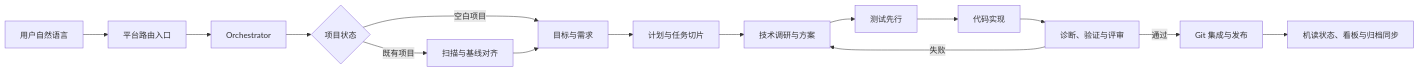
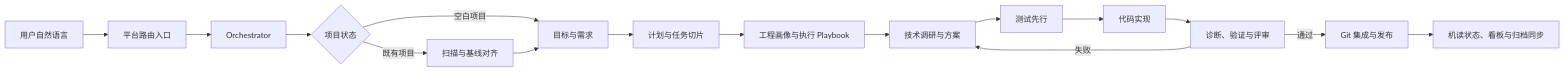
The first of 2 diagrams in docs/architecture/system.md (mxm-web-develop/coding-skills), drawn with Mermaid before and after one commit. The commit also changed other lines of this file and 52 other files, not shown here.

````diff
--- a/docs/architecture/system.md
+++ b/docs/architecture/system.md
@@ -59,17 +59,18 @@
 ```mermaid
 flowchart LR
     U["用户自然语言"] --> R["平台路由入口"]
     R --> O["Orchestrator"]
     O --> I{"项目状态"}
     I -->|"空白项目"| G["目标与需求"]
     I -->|"既有项目"| A["扫描与基线对齐"]
     A --> G
     G --> P["计划与任务切片"]
-    P --> D["技术调研与方案"]
+    P --> E["工程画像与执行 Playbook"]
+    E --> D["技术调研与方案"]
     D --> T["测试先行"]
     T --> C["代码实现"]
     C --> V["诊断、验证与评审"]
     V -->|"失败"| D
     V -->|"通过"| X["Git 集成与发布"]
     X --> K["机读状态、看板与归档同步"]
 ```
````
